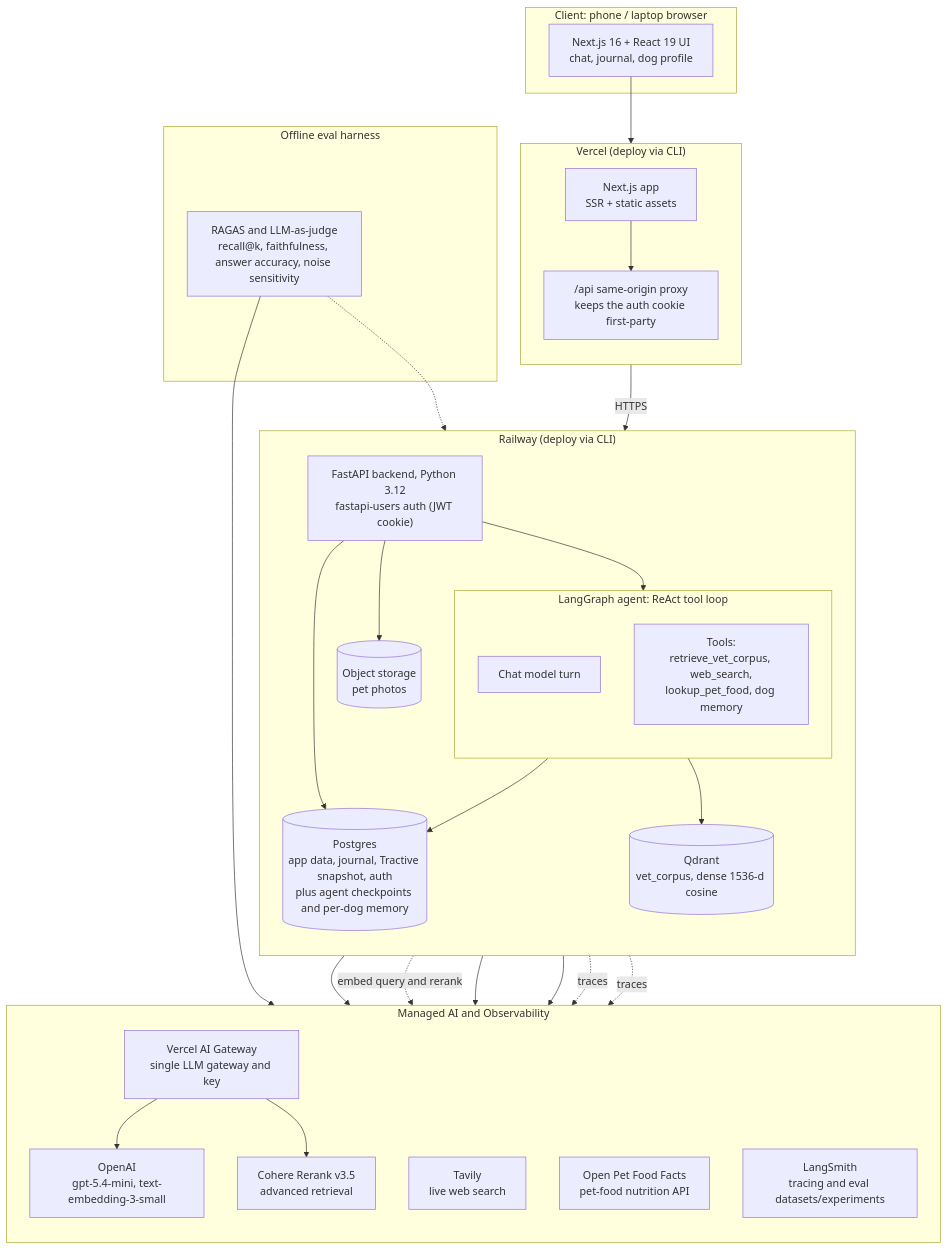
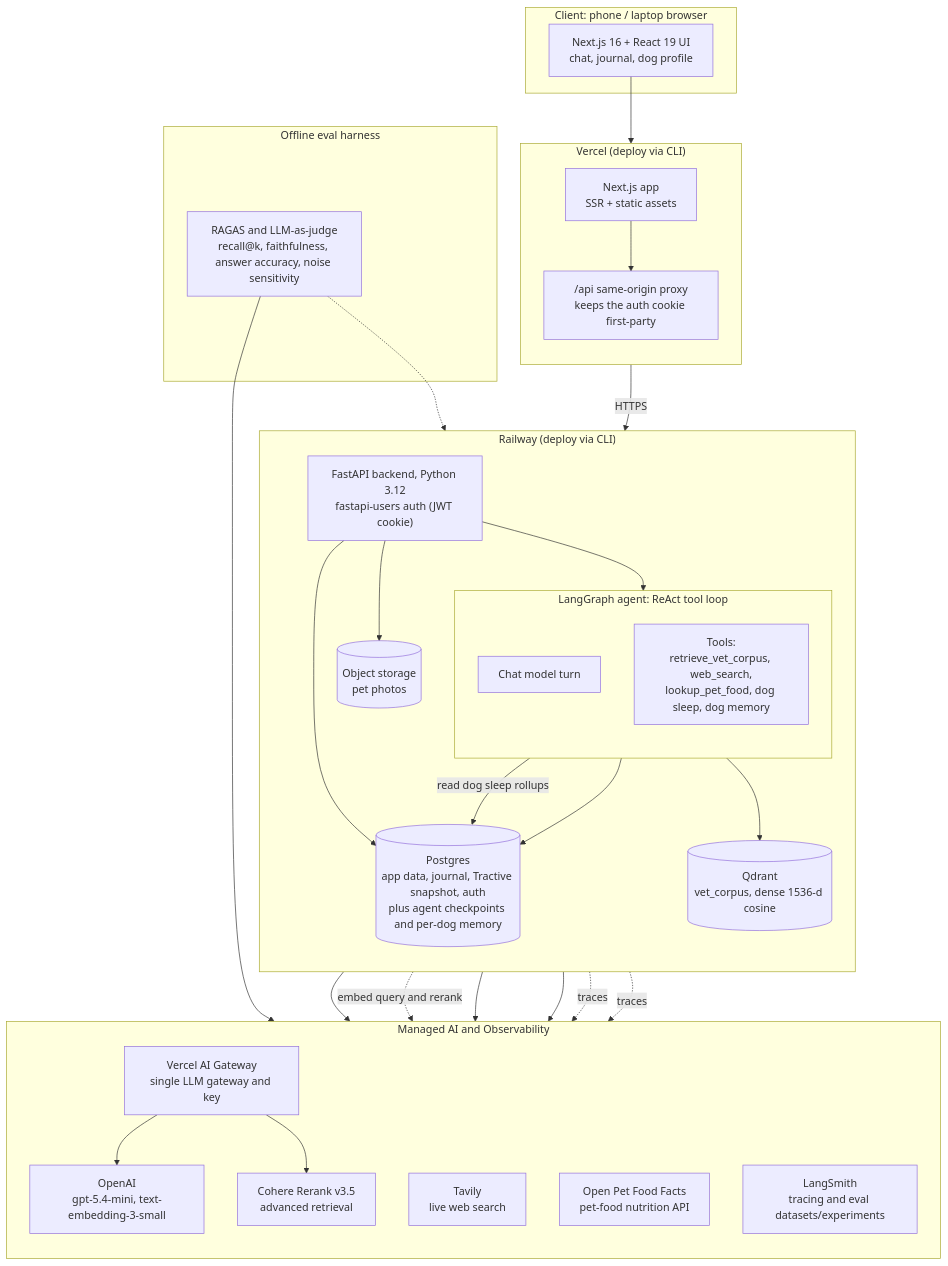
One commit to paulina-grunwald/pawpilot changed the second of 3 diagrams in challenge_notes.md. Above: the diagram before and after it, drawn with Mermaid. The commit also changed other lines of this file, not shown here.

````diff
--- a/challenge_notes.md
+++ b/challenge_notes.md
@@ -82,58 +82,59 @@
 ```mermaid
 flowchart TB
     subgraph Client["Client: phone / laptop browser"]
         UI["Next.js 16 + React 19 UI<br/>chat, journal, dog profile"]
     end
 
     subgraph Vercel["Vercel (deploy via CLI)"]
         direction TB
         Next["Next.js app<br/>SSR + static assets"]
         Proxy["/api same-origin proxy<br/>keeps the auth cookie first-party"]
         Next --> Proxy
     end
 
     subgraph Railway["Railway (deploy via CLI)"]
         direction TB
         API["FastAPI backend, Python 3.12<br/>fastapi-users auth (JWT cookie)"]
         subgraph Agent["LangGraph agent: ReAct tool loop"]
             direction TB
             LLMnode["Chat model turn"]
-            Tools["Tools:<br/>retrieve_vet_corpus, web_search,<br/>lookup_pet_food, dog memory"]
+            Tools["Tools:<br/>retrieve_vet_corpus, web_search,<br/>lookup_pet_food, dog sleep, dog memory"]
         end
         PG[("Postgres<br/>app data, journal, Tractive snapshot, auth<br/>plus agent checkpoints and per-dog memory")]
         QD[("Qdrant<br/>vet_corpus, dense 1536-d cosine")]
         Media[("Object storage<br/>pet photos")]
         API --> Agent
         API --> PG
         API --> Media
         Agent --> PG
         Tools --> QD
+        Tools -->|read dog sleep rollups| PG
     end
 
     subgraph SaaS["Managed AI and Observability"]
         direction TB
         GW["Vercel AI Gateway<br/>single LLM gateway and key"]
         OAI["OpenAI<br/>gpt-5.4-mini, text-embedding-3-small"]
         CO["Cohere Rerank v3.5<br/>advanced retrieval"]
         TAV["Tavily<br/>live web search"]
         OPFF["Open Pet Food Facts<br/>pet-food nutrition API"]
         LS["LangSmith<br/>tracing and eval datasets/experiments"]
         GW --> OAI
         GW --> CO
     end
 
     subgraph Eval["Offline eval harness"]
         RAGAS["RAGAS and LLM-as-judge<br/>recall@k, faithfulness, answer accuracy, noise sensitivity"]
     end
 
     UI --> Next
     Proxy -->|HTTPS| API
     LLMnode --> GW
     Tools -. embed query and rerank .-> GW
     Tools --> TAV
     Tools --> OPFF
     API -. traces .-> LS
     Agent -. traces .-> LS
     RAGAS -.-> API
     RAGAS --> LS
 ```
````
